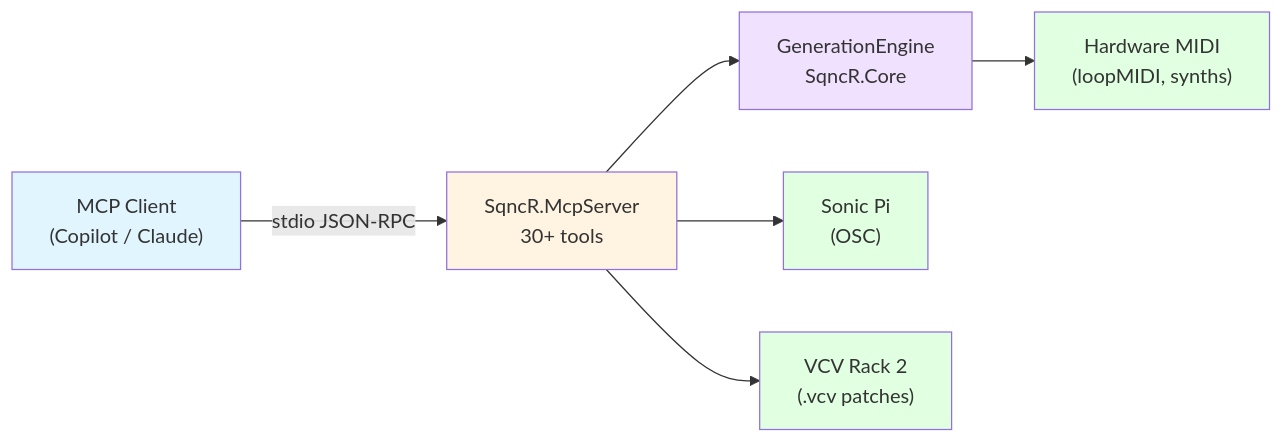
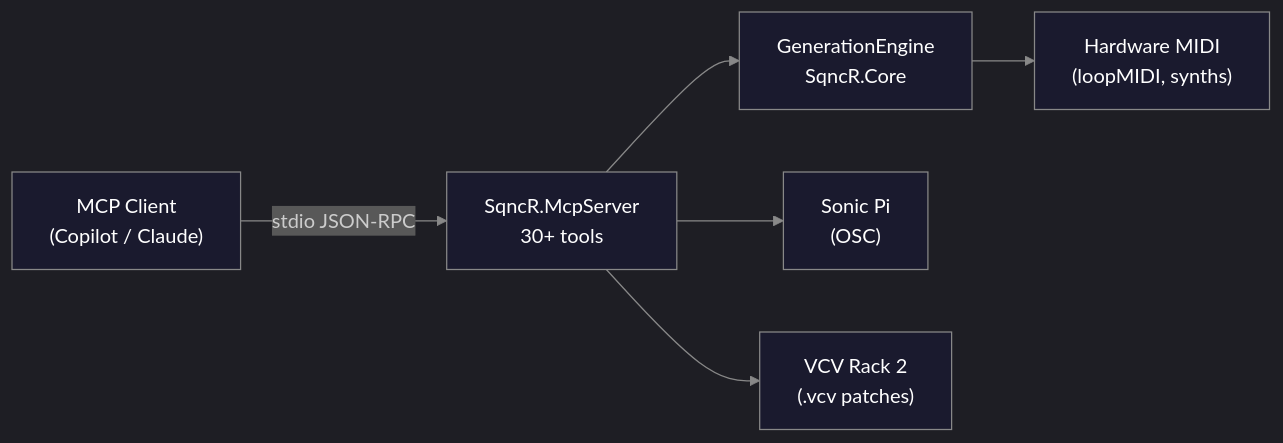
Before and after one commit to bradygaster/SqncR: the diagram in README.md, drawn with Mermaid.

Commit message:
style: mermaid diagrams use black background with white font

````diff
--- a/README.md
+++ b/README.md
@@ -71,22 +71,23 @@
 ```mermaid
+%%{init: {'theme': 'dark', 'themeVariables': {'primaryColor': '#333', 'primaryTextColor': '#fff', 'lineColor': '#888', 'secondaryColor': '#222', 'tertiaryColor': '#111'}}}%%
 flowchart LR
     Client["MCP Client\n(Copilot / Claude)"]
     Server["SqncR.McpServer\n30+ tools"]
     Engine["GenerationEngine\nSqncR.Core"]
     MIDI["Hardware MIDI\n(loopMIDI, synths)"]
     SP["Sonic Pi\n(OSC)"]
     VCV["VCV Rack 2\n(.vcv patches)"]
 
     Client -- stdio JSON-RPC --> Server
     Server --> Engine
     Engine --> MIDI
     Server --> SP
     Server --> VCV
 
-    style Client fill:#e1f5ff
-    style Server fill:#fff4e1
-    style Engine fill:#f0e1ff
-    style MIDI fill:#e1ffe1
-    style SP fill:#e1ffe1
-    style VCV fill:#e1ffe1
+    style Client fill:#1a1a2e,stroke:#888,color:#fff
+    style Server fill:#1a1a2e,stroke:#888,color:#fff
+    style Engine fill:#1a1a2e,stroke:#888,color:#fff
+    style MIDI fill:#1a1a2e,stroke:#888,color:#fff
+    style SP fill:#1a1a2e,stroke:#888,color:#fff
+    style VCV fill:#1a1a2e,stroke:#888,color:#fff
 ```
````
